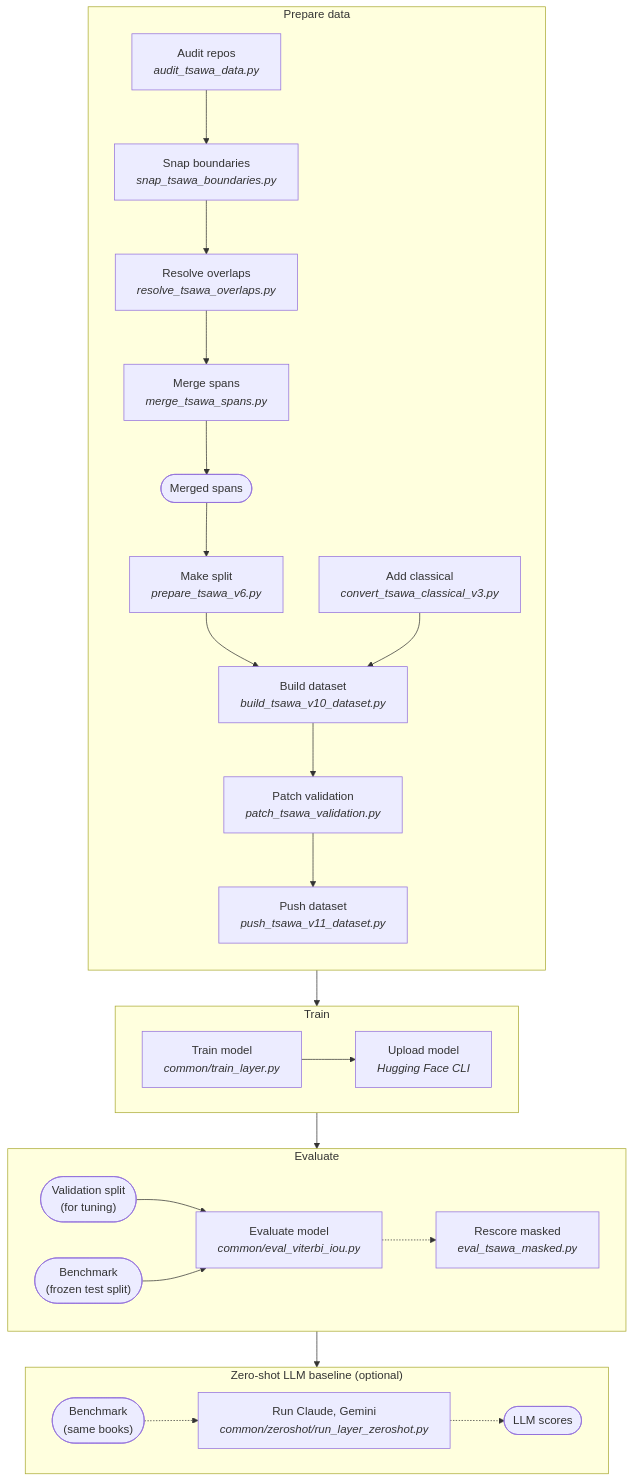
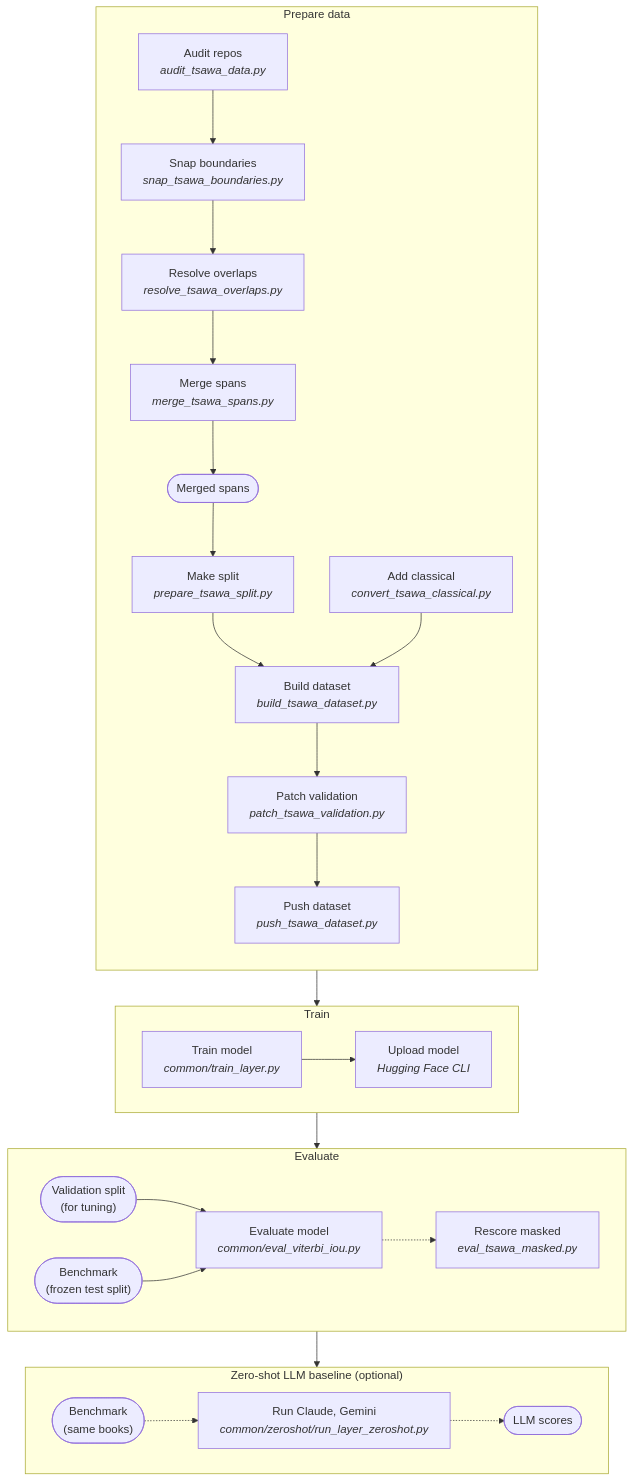
The diagram in tsawa/docs/pipeline.mmd (tenzinyonten/tibetan-layer-detection), drawn with Mermaid before and after one commit. The commit also changed 39 other files, not shown here.

```diff
--- a/tsawa/docs/pipeline.mmd
+++ b/tsawa/docs/pipeline.mmd
@@ -1,32 +1,32 @@
 %%{init: {"flowchart": {"htmlLabels": false}}}%%
 flowchart TD
   subgraph PREP["Prepare data"]
     direction TB
     S1["Audit repos<br/><i>audit_tsawa_data.py</i>"] --> S2["Snap boundaries<br/><i>snap_tsawa_boundaries.py</i>"]
     S2 --> S3["Resolve overlaps<br/><i>resolve_tsawa_overlaps.py</i>"]
     S3 --> S4["Merge spans<br/><i>merge_tsawa_spans.py</i>"]
     S4 --> F1(["Merged spans"])
-    F1 --> S5["Make split<br/><i>prepare_tsawa_v6.py</i>"]
-    S5 --> S6["Build dataset<br/><i>build_tsawa_v10_dataset.py</i>"]
-    S7["Add classical<br/><i>convert_tsawa_classical_v3.py</i>"] --> S6
+    F1 --> S5["Make split<br/><i>prepare_tsawa_split.py</i>"]
+    S5 --> S6["Build dataset<br/><i>build_tsawa_dataset.py</i>"]
+    S7["Add classical<br/><i>convert_tsawa_classical.py</i>"] --> S6
     S6 --> S8["Patch validation<br/><i>patch_tsawa_validation.py</i>"]
-    S8 --> S9["Push dataset<br/><i>push_tsawa_v11_dataset.py</i>"]
+    S8 --> S9["Push dataset<br/><i>push_tsawa_dataset.py</i>"]
   end
   subgraph TRAIN["Train"]
     direction LR
     T1["Train model<br/><i>common/train_layer.py</i>"] --> T2["Upload model<br/><i>Hugging Face CLI</i>"]
   end
   subgraph EVAL["Evaluate"]
     direction LR
     V(["Validation split<br/>(for tuning)"]) --> E1["Evaluate model<br/><i>common/eval_viterbi_iou.py</i>"]
     B(["Benchmark<br/>(frozen test split)"]) --> E1["Evaluate model<br/><i>common/eval_viterbi_iou.py</i>"]
     E1 -.-> E2["Rescore masked<br/><i>eval_tsawa_masked.py</i>"]
   end
   subgraph BASE["Zero-shot LLM baseline (optional)"]
     direction LR
     B2(["Benchmark<br/>(same books)"]) -.-> Z1["Run Claude, Gemini<br/><i>common/zeroshot/run_layer_zeroshot.py</i>"]
     Z1 -.-> Z2(["LLM scores"])
   end
   PREP --> TRAIN
   TRAIN --> EVAL
   EVAL --> BASE
```
